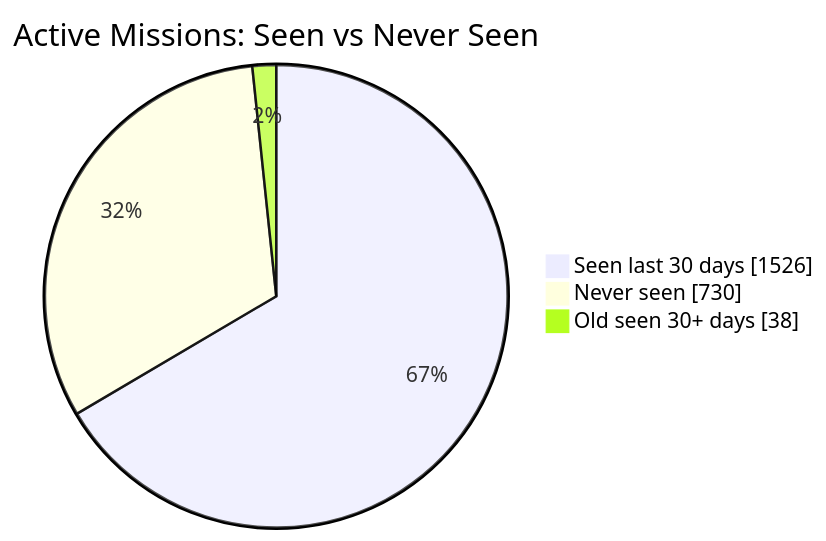
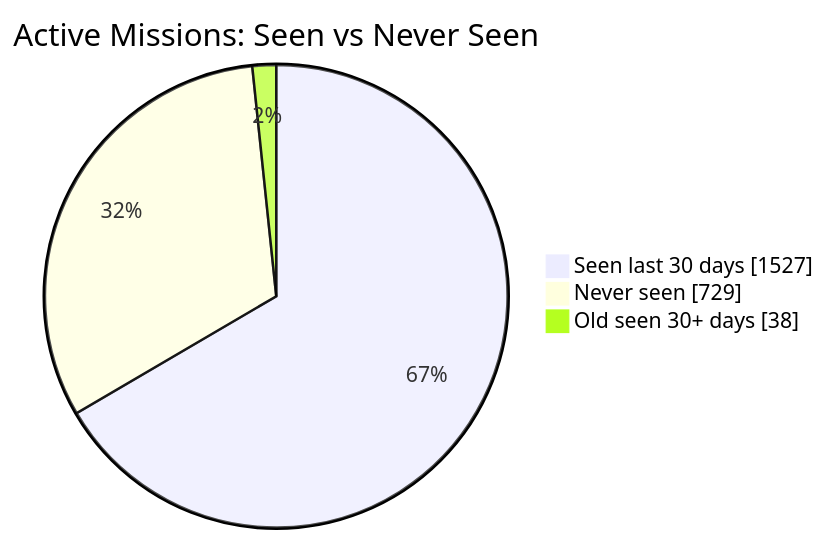
Before and after one commit to MeldkamerspelGameTeam/active-missions: the first of 2 diagrams in README.md, drawn with Mermaid. The commit also changed other lines of this file and 2 other files, not shown here.

````diff
--- a/README.md
+++ b/README.md
@@ -34,7 +34,7 @@
 ```mermaid
 pie showData
     title Active Missions: Seen vs Never Seen
-    "Seen last 30 days" : 1526
-    "Never seen" : 730
+    "Seen last 30 days" : 1527
+    "Never seen" : 729
     "Old seen 30+ days" : 38
 ```
````
